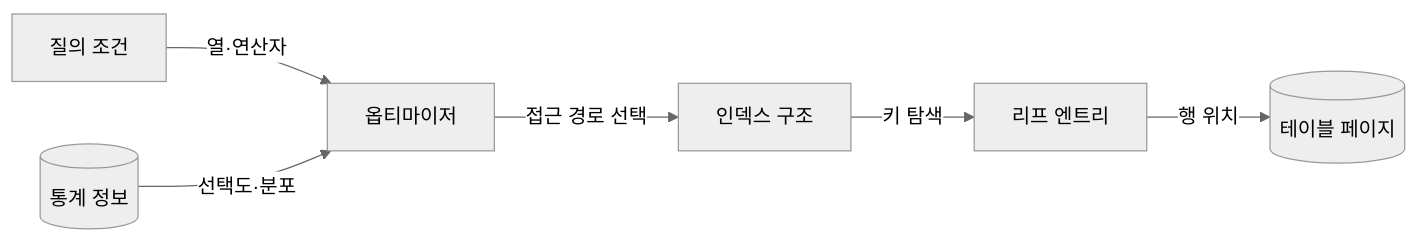
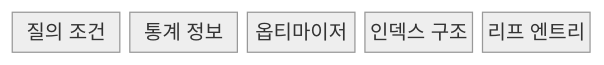
The first of 2 diagrams in src/content/docs/notes/03-software/093_index_structure.md (agnusdei1207/knowledge-base), drawn with Mermaid (neutral theme) before and after one commit. The commit also changed other lines of this file and 20 other files, not shown here.

````diff
--- a/src/content/docs/notes/03-software/093_index_structure.md
+++ b/src/content/docs/notes/03-software/093_index_structure.md
@@ -57,8 +54,9 @@
 ```mermaid
-flowchart LR
-    Q[질의 조건] -->|열·연산자| O[옵티마이저]
-    S[(통계 정보)] -->|선택도·분포| O
-    O -->|접근 경로 선택| I[인덱스 구조]
-    I -->|키 탐색| L[리프 엔트리]
-    L -->|행 위치| T[(테이블 페이지)]
+block
+  columns 5
+  Q["질의 조건"]
+  S["통계 정보"]
+  O["옵티마이저"]
+  I["인덱스 구조"]
+  L["리프 엔트리"]
 ```
````
